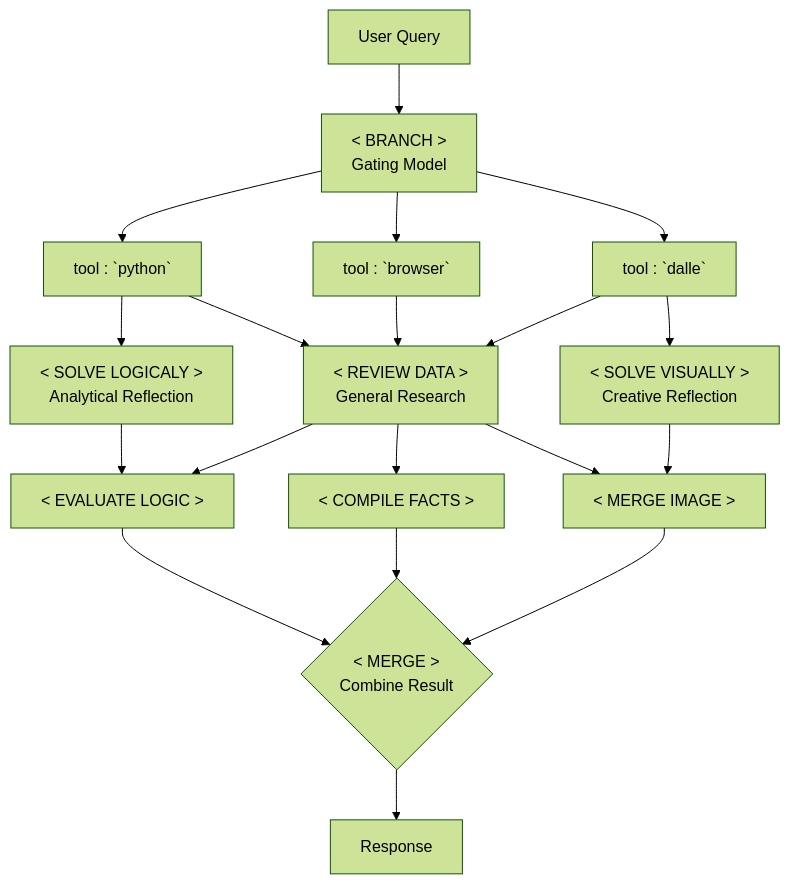
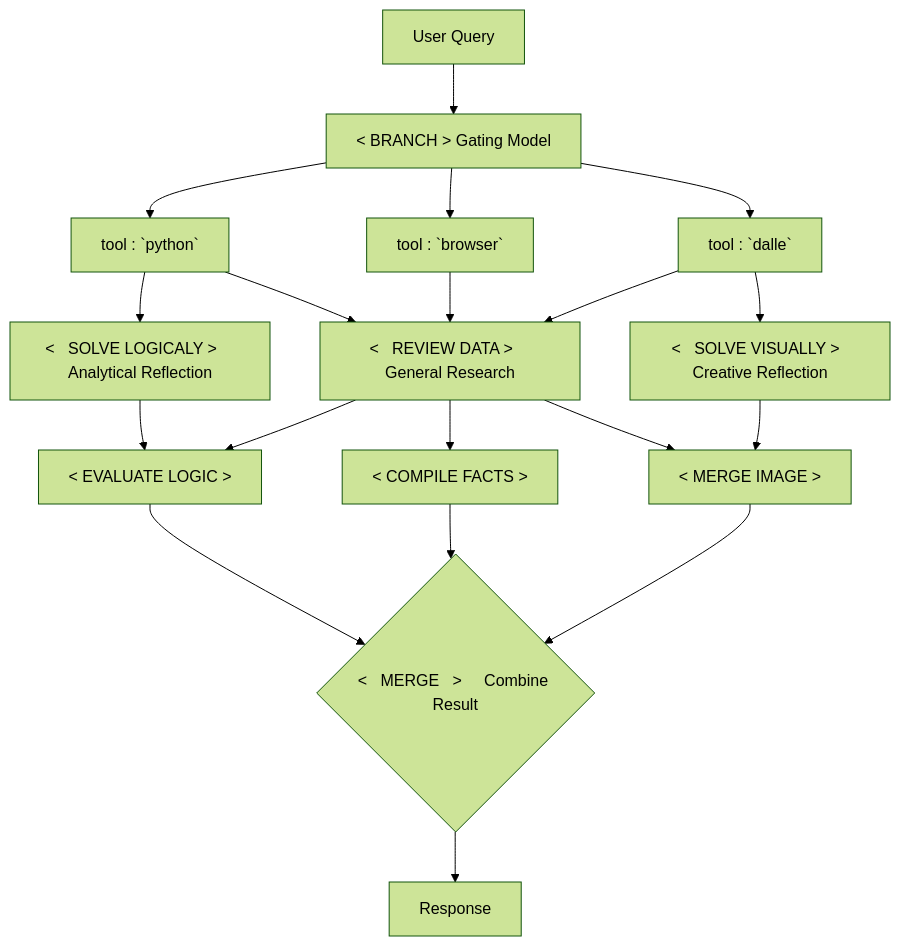
One commit to Mind-Interfaces/CogniSphere changed the diagram in COGNI.md. Above: the diagram before and after it, drawn with Mermaid (forest theme).

````diff
--- a/COGNI.md
+++ b/COGNI.md
@@ -1,39 +1,34 @@
 ```mermaid
 flowchart TD;
 
     Input[User Query];
 
-    Input --> Branch[   <  BRANCH   >
-                        Gating Model];
+    Input --> Branch[   <  BRANCH   >    Gating Model];
 
     Branch --> Dalle[tool : `dalle`];
     Branch --> Python[tool : `python`];
     Branch --> Bing[tool : `browser`];
 
-    Python --> LOGIC[    <   SOLVE LOGICALY >
-                        Analytical Reflection];
+    Python --> LOGIC[    <   SOLVE LOGICALY >    Analytical Reflection];
     Python --> FACTS;
     
-    Bing --> FACTS[      <   REVIEW DATA >
-                        General Research];
+    Bing --> FACTS[      <   REVIEW DATA >    General Research];
     
-    Dalle --> IMAGE[    <   SOLVE VISUALLY >
-                        Creative Reflection];
+    Dalle --> IMAGE[    <   SOLVE VISUALLY >  Creative Reflection];
     Dalle --> FACTS;
 
 
     LOGIC --> THEORY[< EVALUATE LOGIC >];
     FACTS --> THEORY[< EVALUATE LOGIC >];
 
     FACTS --> DATA[< COMPILE FACTS >];
 
     FACTS --> ART[< MERGE IMAGE >];
     IMAGE --> ART[< MERGE IMAGE >];
 
     THEORY --> Result;
     DATA --> Result;
-    ART --> Result{   <   MERGE   > 
-                        Combine Result};
+    ART --> Result{   <   MERGE   >     Combine Result};
 
     Result --> Output[Response];
 ```
````
